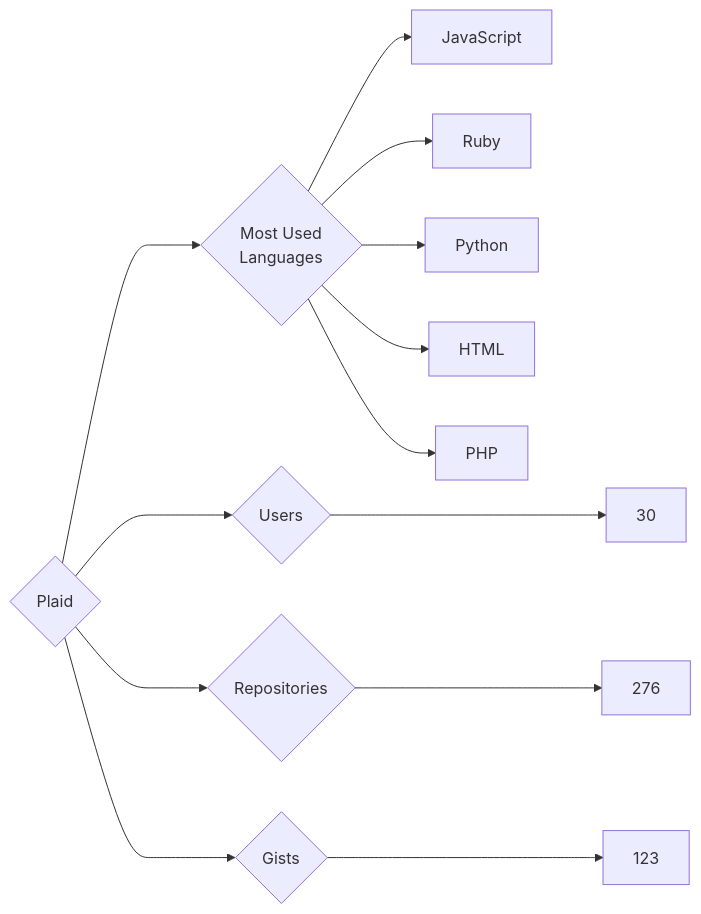
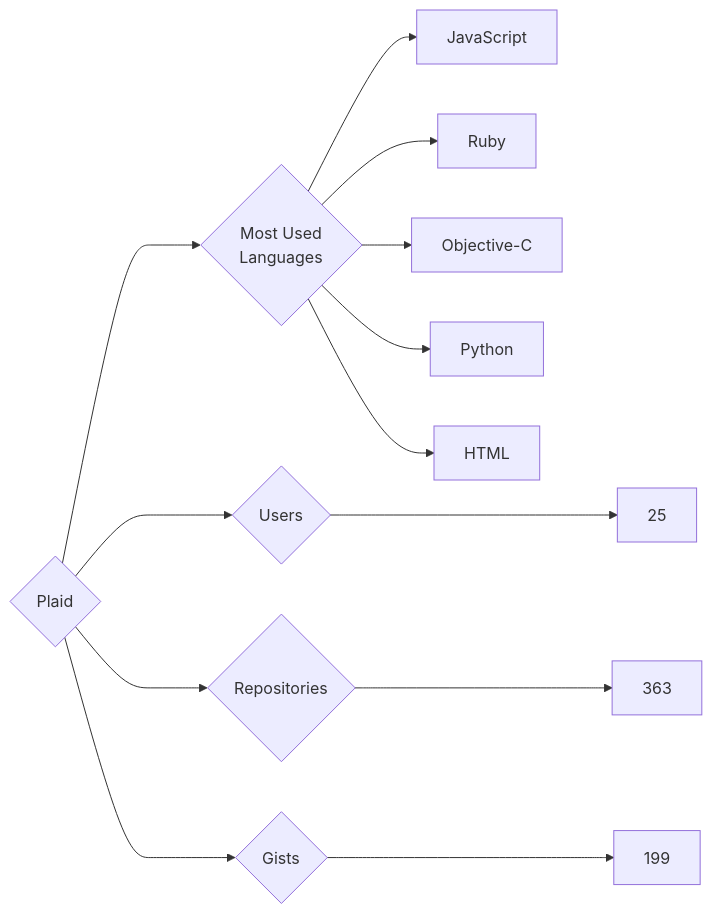
The diagram in targets/Plaid/README.md (trickest/insiders), drawn with Mermaid before and after one commit. The commit also changed 970 other files, not shown here.

````diff
--- a/targets/Plaid/README.md
+++ b/targets/Plaid/README.md
@@ -3,13 +3,13 @@
 ```mermaid
 graph LR
 COMPANY_NAME{Plaid}
-COMPANY_NAME ---> U{Users} ---> UN[30]
-COMPANY_NAME ---> R{Repositories} ---> RN[276]
-COMPANY_NAME ---> G{Gists} ---> GN[123]
+COMPANY_NAME ---> U{Users} ---> UN[25]
+COMPANY_NAME ---> R{Repositories} ---> RN[363]
+COMPANY_NAME ---> G{Gists} ---> GN[199]
 COMPANY_NAME ---> ML{Most Used<br>Languages}
 ML --> JavaScript[JavaScript]
 ML --> Ruby[Ruby]
+ML --> Objective-C[Objective-C]
 ML --> Python[Python]
 ML --> HTML[HTML]
-ML --> PHP[PHP]
 ```
````
